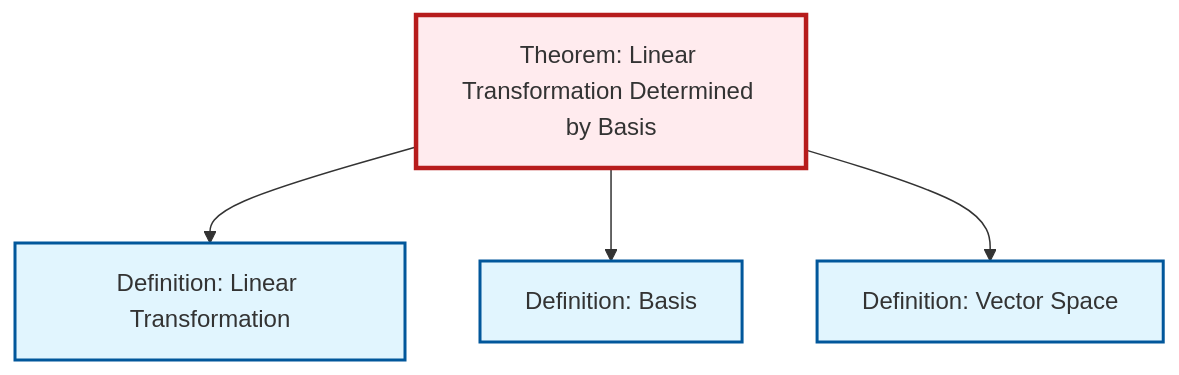
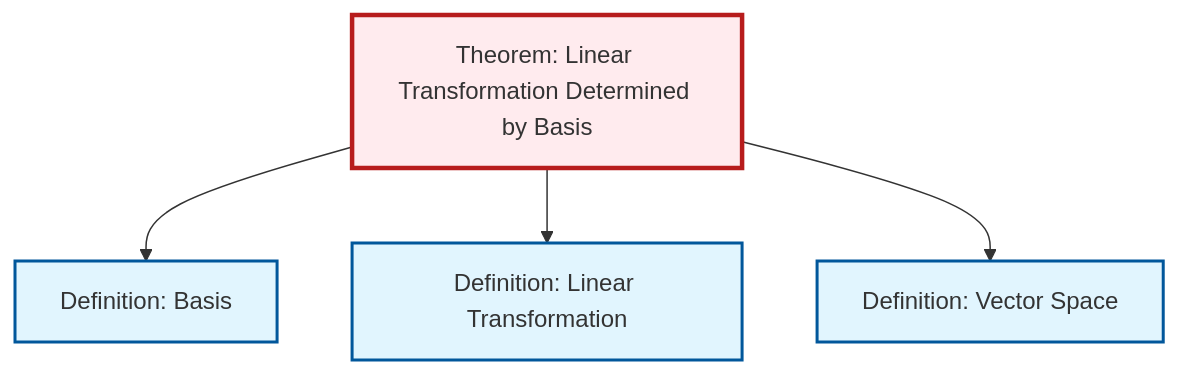
One commit to RK0429/ModernMath changed the diagram in content/ja/algebra/thm-linear-transformation-basis.qmd. Above: the diagram before and after it, drawn with Mermaid. The commit also changed other lines of this file and 554 other files, not shown here.

````diff
--- a/content/ja/algebra/thm-linear-transformation-basis.qmd
+++ b/content/ja/algebra/thm-linear-transformation-basis.qmd
@@ -48,20 +48,20 @@
 ```{mermaid}
 %%| fig-cap: "Local dependency graph"
 graph TD
     classDef definition fill:#e1f5fe,stroke:#01579b,stroke-width:2px
     classDef theorem fill:#f3e5f5,stroke:#4a148c,stroke-width:2px
     classDef axiom fill:#fff3e0,stroke:#e65100,stroke-width:2px
     classDef example fill:#e8f5e9,stroke:#1b5e20,stroke-width:2px
     classDef current fill:#ffebee,stroke:#b71c1c,stroke-width:3px
     def-vector-space["Definition: Vector Space"]:::definition
+    def-linear-transformation["Definition: Linear Transformation"]:::definition
+    def-basis["Definition: Basis"]:::definition
     thm-linear-transformation-basis["Theorem: Linear Transformation Determined by Basis"]:::theorem
-    def-basis["Definition: Basis"]:::definition
-    def-linear-transformation["Definition: Linear Transformation"]:::definition
+    thm-linear-transformation-basis --> def-basis
     thm-linear-transformation-basis --> def-linear-transformation
-    thm-linear-transformation-basis --> def-basis
     thm-linear-transformation-basis --> def-vector-space
     class thm-linear-transformation-basis current
     click def-vector-space "def-vector-space.html" "Definition: Vector Spaceへ"
+    click def-linear-transformation "def-linear-transformation.html" "Definition: Linear Transformationへ"
     click def-basis "def-basis.html" "Definition: Basisへ"
-    click def-linear-transformation "def-linear-transformation.html" "Definition: Linear Transformationへ"
 ```
````
